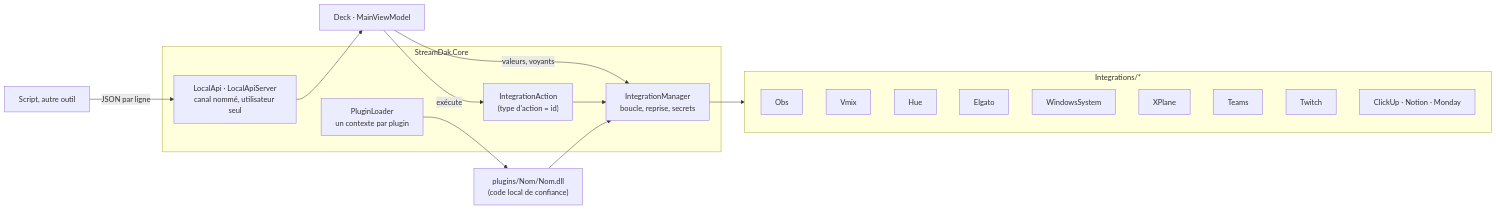
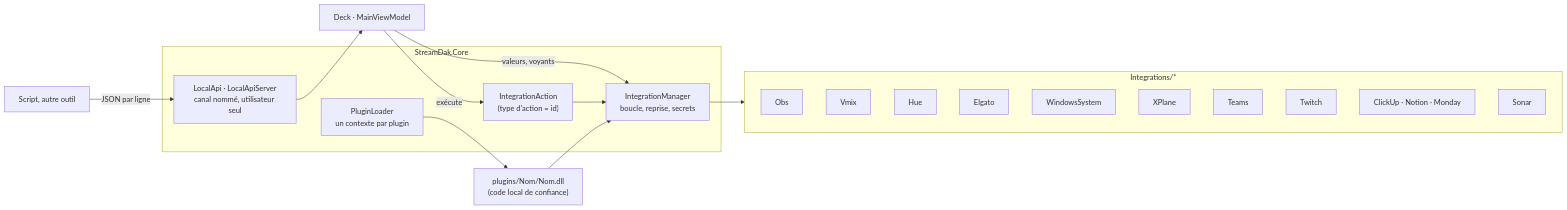
The second of 5 diagrams in docs/ARCHITECTURE.md (Dakire/StreamDeck), drawn with Mermaid before and after one commit. The commit also changed other lines of this file and 7 other files, not shown here.

````diff
--- a/docs/ARCHITECTURE.md
+++ b/docs/ARCHITECTURE.md
@@ -90,18 +90,18 @@
 ```mermaid
 flowchart LR
     subgraph Core["StreamDak.Core"]
         IM["IntegrationManager<br/>boucle, reprise, secrets"]
         IA["IntegrationAction<br/>(type d'action = id)"]
         API["LocalApi · LocalApiServer<br/>canal nommé, utilisateur seul"]
         PL["PluginLoader<br/>un contexte par plugin"]
     end
     subgraph Conn["Integrations/*"]
-        OBS[Obs] & VM[Vmix] & HU[Hue] & EL[Elgato] & SYS[WindowsSystem] & XP[XPlane] & TM[Teams] & TW[Twitch] & TS["ClickUp · Notion · Monday"]
+        OBS[Obs] & VM[Vmix] & HU[Hue] & EL[Elgato] & SYS[WindowsSystem] & XP[XPlane] & TM[Teams] & TW[Twitch] & TS["ClickUp · Notion · Monday"] & SN[Sonar]
     end
     PLG["plugins/Nom/Nom.dll<br/>(code local de confiance)"]
     Deck["Deck · MainViewModel"] -- "valeurs, voyants" --> IM
     Deck -- "exécute" --> IA --> IM
     IM --> Conn
     PL --> PLG --> IM
     Script["Script, autre outil"] -- "JSON par ligne" --> API --> Deck
 ```
````
